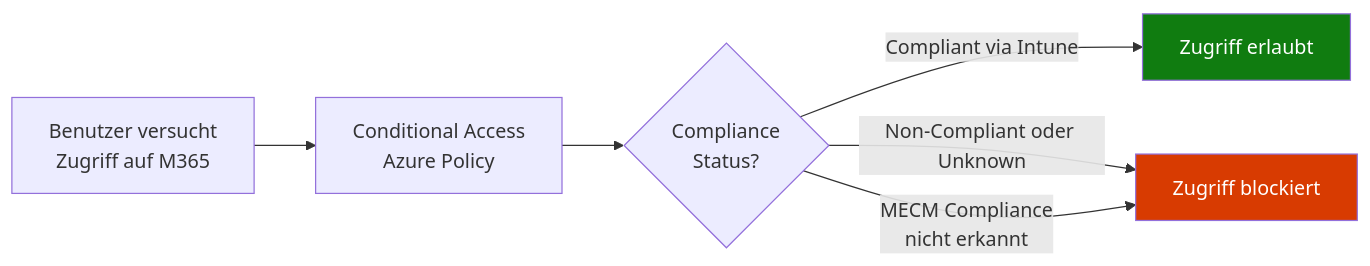
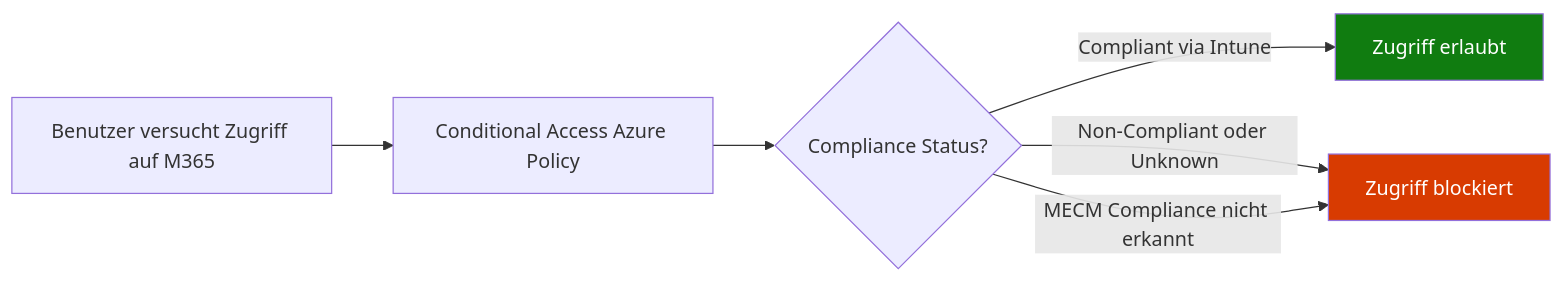
Before and after one commit to SoniiiT/notes-n-docs: the fifth of 5 diagrams in Microsoft 365/System Center/MECM Co-Management.md, drawn with Mermaid. The commit also changed other lines of this file and 124 other files, not shown here.

First line of the commit message:
fix: Entferne \n aus allen Mermaid-Diagrammen (125 Dateien)

````diff
--- a/Microsoft 365/System Center/MECM Co-Management.md
+++ b/Microsoft 365/System Center/MECM Co-Management.md
@@ -335,11 +335,11 @@
 ```mermaid
 flowchart LR
-    USER[Benutzer versucht\nZugriff auf M365] --> CA[Conditional Access\nAzure Policy]
-    CA --> CHECK{Compliance\nStatus?}
+    USER[Benutzer versucht Zugriff auf M365] --> CA[Conditional Access Azure Policy]
+    CA --> CHECK{Compliance Status?}
     CHECK -->|Compliant via Intune| ALLOW[Zugriff erlaubt]
     CHECK -->|Non-Compliant oder Unknown| BLOCK[Zugriff blockiert]
-    CHECK -->|MECM Compliance\nnicht erkannt| BLOCK
+    CHECK -->|MECM Compliance nicht erkannt| BLOCK
 
     style ALLOW fill:#107C10,color:#fff
     style BLOCK fill:#D83B01,color:#fff
 ```
````
